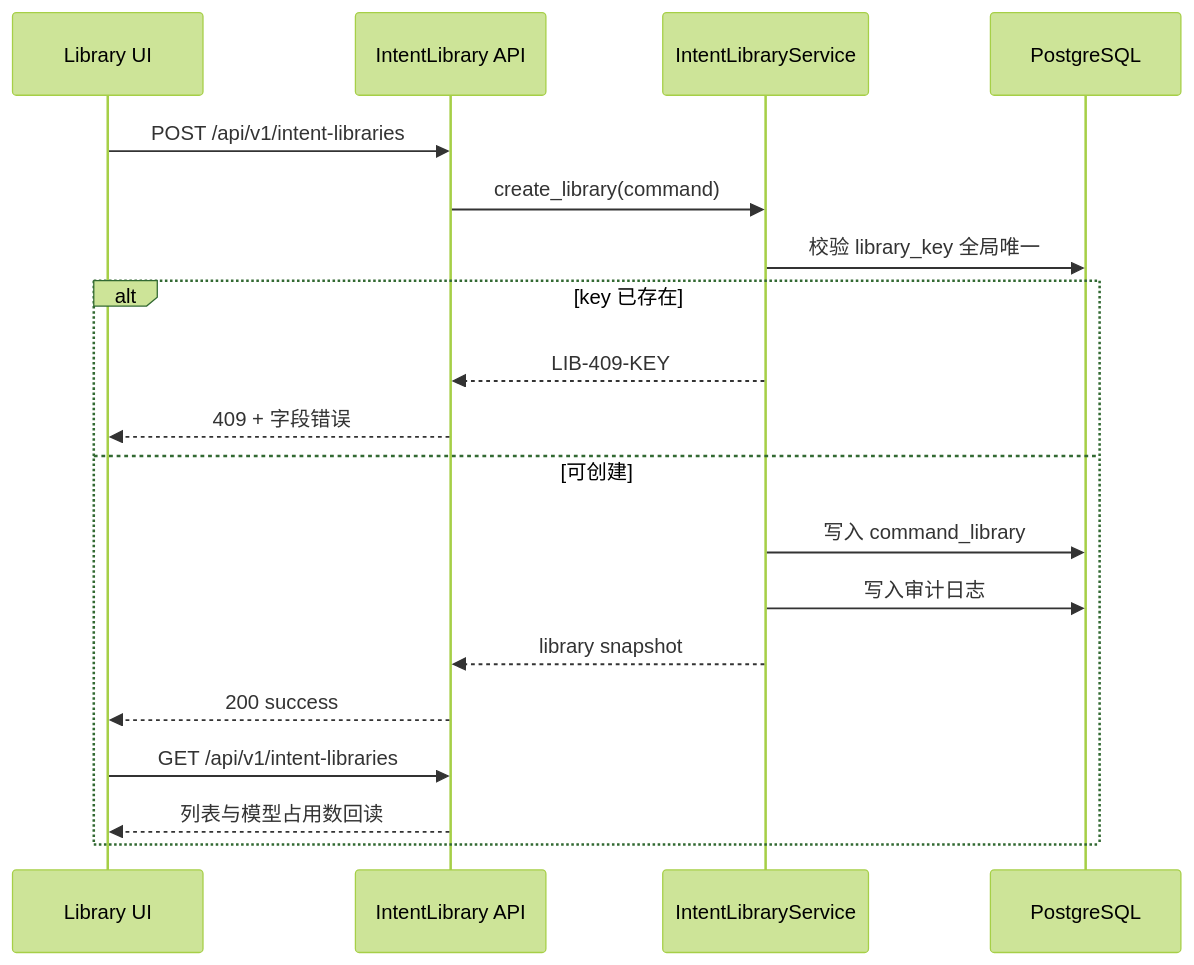
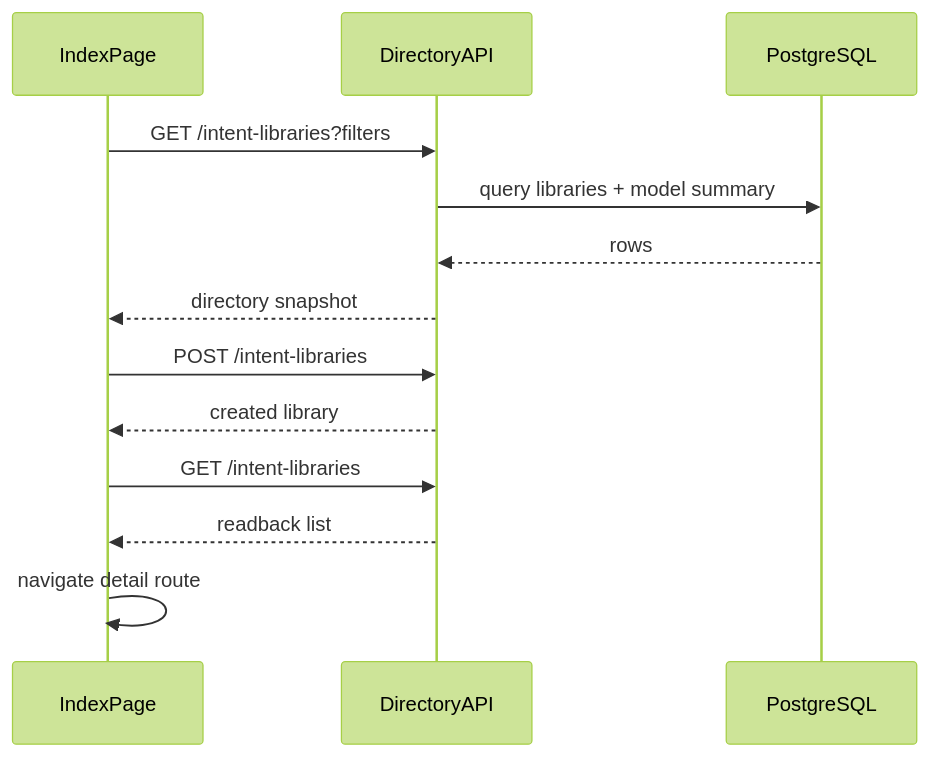
One commit to WangShaoyu1/spec_kit_superpower changed the second of 4 diagrams in specs/master/ad/ad-intent-library.md. Above: the diagram before and after it, drawn with Mermaid (forest theme). The commit also changed other lines of this file and 88 other files, not shown here.

````diff
--- a/specs/master/ad/ad-intent-library.md
+++ b/specs/master/ad/ad-intent-library.md
@@ -55,22 +90,16 @@
 ```mermaid
 sequenceDiagram
-    participant FE as Library UI
-    participant API as IntentLibrary API
-    participant SVC as IntentLibraryService
-    participant PG as PostgreSQL
+    participant FE as IndexPage
+    participant API as DirectoryAPI
+    participant DB as PostgreSQL
 
-    FE->>API: POST /api/v1/intent-libraries
-    API->>SVC: create_library(command)
-    SVC->>PG: 校验 library_key 全局唯一
-    alt key 已存在
-        SVC-->>API: LIB-409-KEY
-        API-->>FE: 409 + 字段错误
-    else 可创建
-        SVC->>PG: 写入 command_library
-        SVC->>PG: 写入审计日志
-        SVC-->>API: library snapshot
-        API-->>FE: 200 success
-        FE->>API: GET /api/v1/intent-libraries
-        API-->>FE: 列表与模型占用数回读
-    end
+    FE->>API: GET /intent-libraries?filters
+    API->>DB: query libraries + model summary
+    DB-->>API: rows
+    API-->>FE: directory snapshot
+    FE->>API: POST /intent-libraries
+    API-->>FE: created library
+    FE->>API: GET /intent-libraries
+    API-->>FE: readback list
+    FE->>FE: navigate detail route
 ```
````
